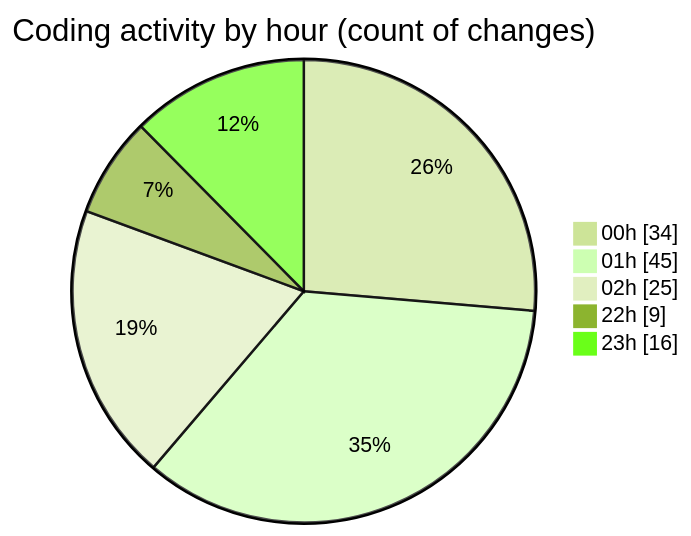
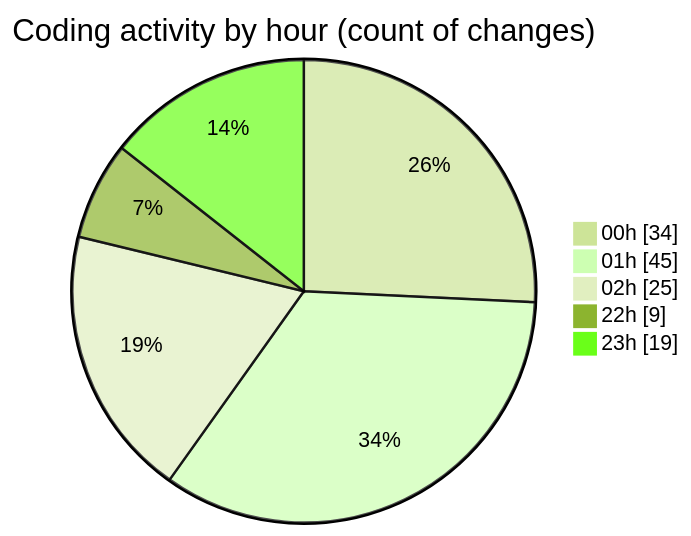
Before and after one commit to lephambinh05/code-tracking: the second of 2 diagrams in 2025-07-15/nhahang/README.md, drawn with Mermaid (forest theme). The commit also changed other lines of this file and 1 other file, not shown here.

````diff
--- a/2025-07-15/nhahang/README.md
+++ b/2025-07-15/nhahang/README.md
@@ -88,9 +88,9 @@
 ```mermaid
 pie showData
 title Coding activity by hour (count of changes)
 "00h" : 34
 "01h" : 45
 "02h" : 25
 "22h" : 9
-"23h" : 16
+"23h" : 19
 ```
````
